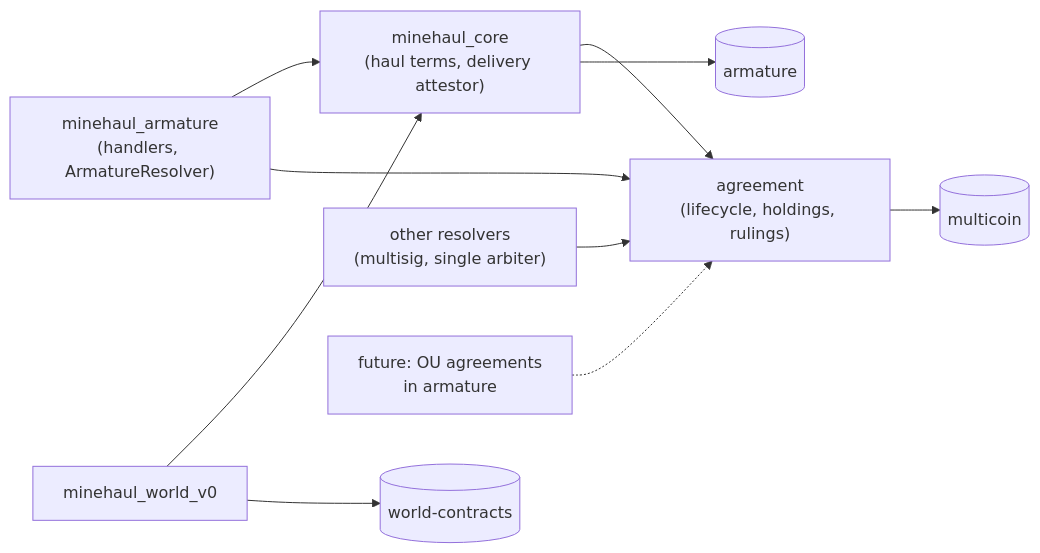
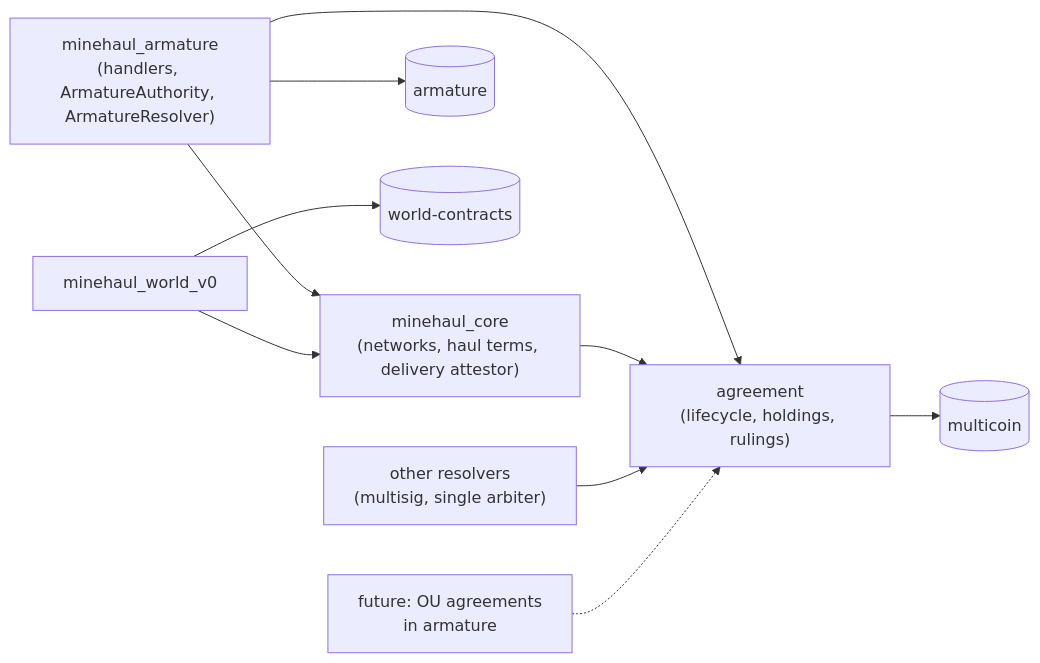
One commit to Algorithmic-Warfare/Minehaul changed the eighth of 11 diagrams in docs/adr/0006-agreement-primitive.md. Above: the diagram before and after it, drawn with Mermaid. The commit also changed other lines of this file and 4 other files, not shown here.

````diff
--- a/docs/adr/0006-agreement-primitive.md
+++ b/docs/adr/0006-agreement-primitive.md
@@ -403,12 +406,12 @@
 ```mermaid
 flowchart LR
-    A2["minehaul_armature<br>(handlers, ArmatureResolver)"] --> C2["minehaul_core<br>(haul terms, delivery attestor)"]
+    A2["minehaul_armature<br>(handlers, ArmatureAuthority, ArmatureResolver)"] --> C2["minehaul_core<br>(networks, haul terms, delivery attestor)"]
     A2 --> AGR["agreement<br>(lifecycle, holdings, rulings)"]
+    A2 --> X2[("armature")]
     W2["minehaul_world_v0"] --> C2
     W2 --> WC2[("world-contracts")]
     C2 --> AGR
-    C2 --> X2[("armature")]
     OR["other resolvers<br>(multisig, single arbiter)"] --> AGR
     OU["future: OU agreements<br>in armature"] -.-> AGR
     AGR --> M2[("multicoin")]
 ```
````
